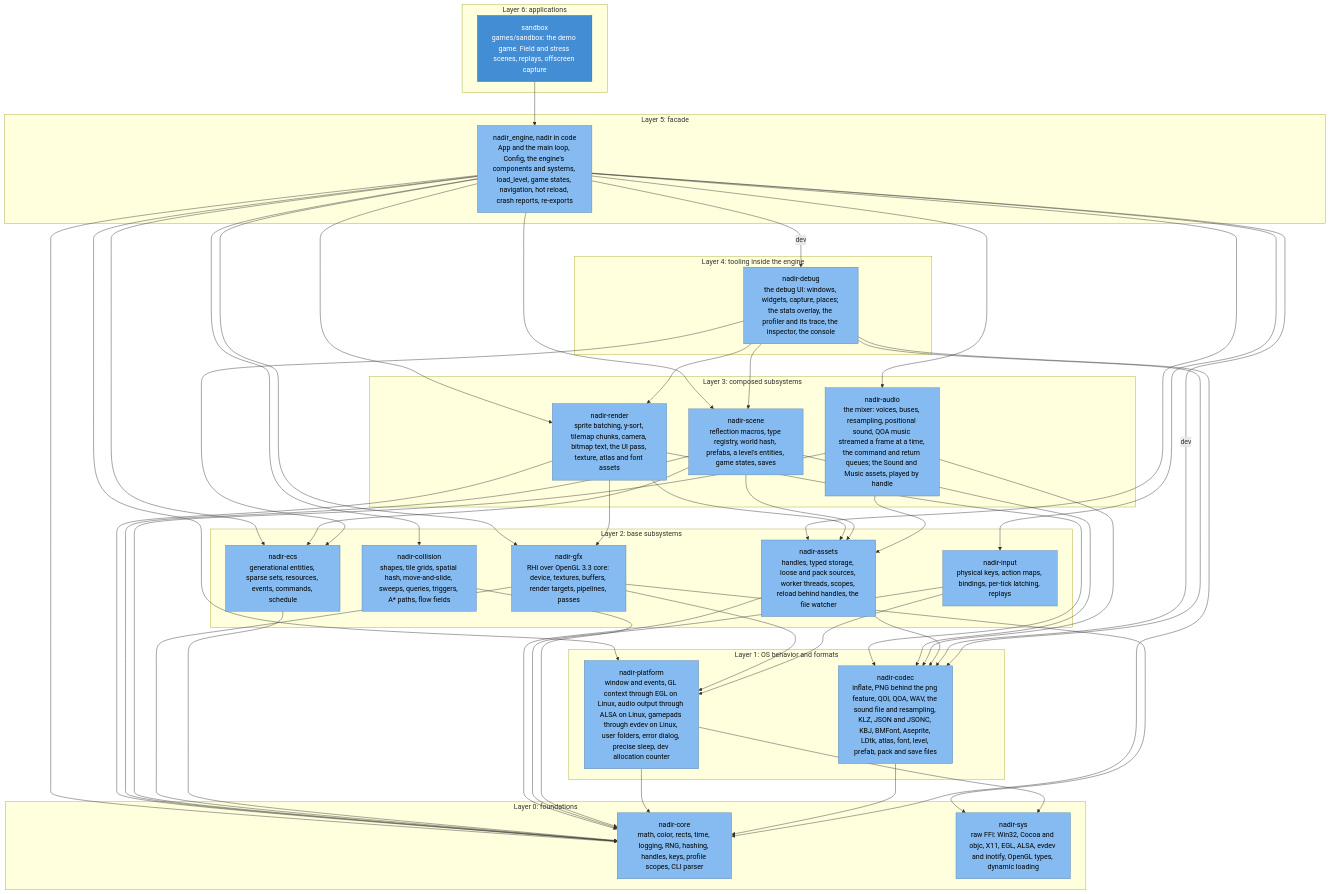
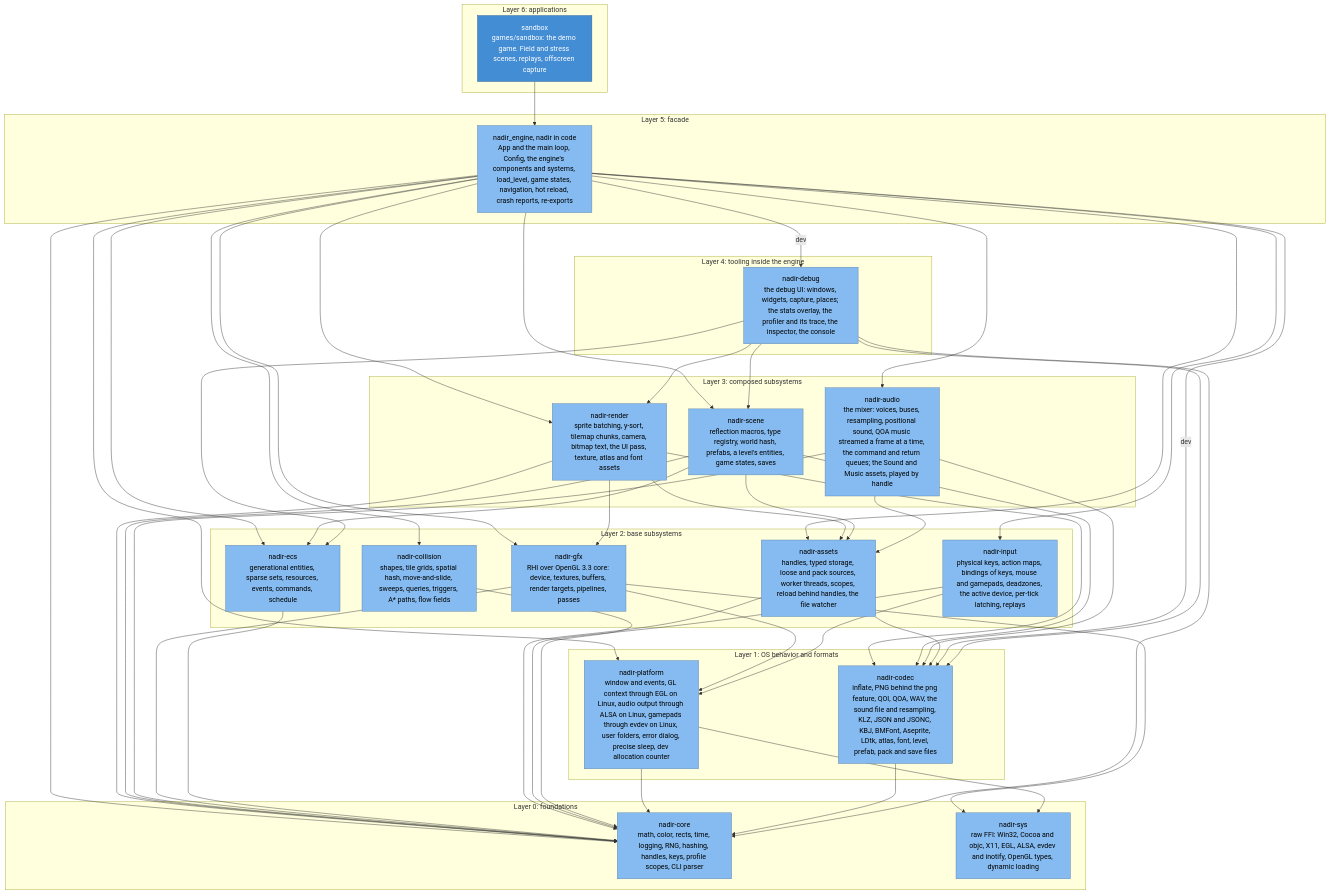
Before and after one commit to jabbott-iii/Nadir: the third of 5 diagrams in diagrams/c4-architecture.md, drawn with Mermaid. The commit also changed other lines of this file and 27 other files, not shown here.

````diff
--- a/diagrams/c4-architecture.md
+++ b/diagrams/c4-architecture.md
@@ -158,80 +158,80 @@
 ```mermaid
 flowchart TB
     subgraph L6["Layer 6: applications"]
         n_sandbox["sandbox<br/>games/sandbox: the demo game. Field and stress scenes, replays, offscreen capture"]
     end
     subgraph L5["Layer 5: facade"]
         n_engine["nadir_engine, nadir in code<br/>App and the main loop, Config, the engine's components and systems, load_level, game states, navigation, hot reload, crash reports, re-exports"]
     end
     subgraph L4["Layer 4: tooling inside the engine"]
         n_debug["nadir-debug<br/>the debug UI: windows, widgets, capture, places; the stats overlay, the profiler and its trace, the inspector, the console"]
     end
     subgraph L3["Layer 3: composed subsystems"]
         n_render["nadir-render<br/>sprite batching, y-sort, tilemap chunks, camera, bitmap text, the UI pass, texture, atlas and font assets"]
         n_scene["nadir-scene<br/>reflection macros, type registry, world hash, prefabs, a level's entities, game states, saves"]
         n_audio["nadir-audio<br/>the mixer: voices, buses, resampling, positional sound, QOA music streamed a frame at a time, the command and return queues; the Sound and Music assets, played by handle"]
     end
     subgraph L2["Layer 2: base subsystems"]
         n_gfx["nadir-gfx<br/>RHI over OpenGL 3.3 core: device, textures, buffers, render targets, pipelines, passes"]
         n_ecs["nadir-ecs<br/>generational entities, sparse sets, resources, events, commands, schedule"]
         n_assets["nadir-assets<br/>handles, typed storage, loose and pack sources, worker threads, scopes, reload behind handles, the file watcher"]
-        n_input["nadir-input<br/>physical keys, action maps, bindings, per-tick latching, replays"]
+        n_input["nadir-input<br/>physical keys, action maps, bindings of keys, mouse and gamepads, deadzones, the active device, per-tick latching, replays"]
         n_collision["nadir-collision<br/>shapes, tile grids, spatial hash, move-and-slide, sweeps, queries, triggers, A* paths, flow fields"]
     end
     subgraph L1["Layer 1: OS behavior and formats"]
         n_platform["nadir-platform<br/>window and events, GL context through EGL on Linux, audio output through ALSA on Linux, gamepads through evdev on Linux, user folders, error dialog, precise sleep, dev allocation counter"]
         n_codec["nadir-codec<br/>inflate, PNG behind the png feature, QOI, QOA, WAV, the sound file and resampling, KLZ, JSON and JSONC, KBJ, BMFont, Aseprite, LDtk, atlas, font, level, prefab, pack and save files"]
     end
     subgraph L0["Layer 0: foundations"]
         n_core["nadir-core<br/>math, color, rects, time, logging, RNG, hashing, handles, keys, profile scopes, CLI parser"]
         n_sys["nadir-sys<br/>raw FFI: Win32, Cocoa and objc, X11, EGL, ALSA, evdev and inotify, OpenGL types, dynamic loading"]
     end
 
     n_sandbox --> n_engine
     n_engine --> n_assets
     n_engine --> n_audio
     n_engine --> n_collision
     n_engine --> n_core
     n_engine --> n_ecs
     n_engine --> n_gfx
     n_engine --> n_input
     n_engine --> n_platform
     n_engine --> n_render
     n_engine --> n_scene
     n_render --> n_assets
     n_render --> n_codec
     n_render --> n_core
     n_render --> n_gfx
     n_scene --> n_assets
     n_scene --> n_codec
     n_scene --> n_core
     n_scene --> n_ecs
     n_audio --> n_assets
     n_audio --> n_codec
     n_audio --> n_core
     n_gfx --> n_core
     n_gfx --> n_platform
     n_gfx --> n_sys
     n_ecs --> n_core
     n_assets --> n_codec
     n_assets --> n_core
     n_input --> n_core
     n_input --> n_platform
     n_collision --> n_core
     n_platform --> n_core
     n_platform --> n_sys
     n_codec --> n_core
     n_engine -->|"dev"| n_debug
     n_engine -->|"dev"| n_codec
     n_debug --> n_core
     n_debug --> n_codec
     n_debug --> n_ecs
     n_debug --> n_render
     n_debug --> n_scene
 
     classDef container fill:#438dd5,stroke:#2e6295,color:#ffffff
     classDef component fill:#85bbf0,stroke:#5d82a8,color:#000000
     classDef planned fill:#ffffff,stroke:#888888,stroke-dasharray: 5 5,color:#555555
     class n_sandbox container
     class n_engine,n_render,n_scene,n_audio,n_gfx,n_ecs,n_assets,n_input,n_collision,n_platform,n_codec,n_core,n_sys,n_debug component
 ```
````
